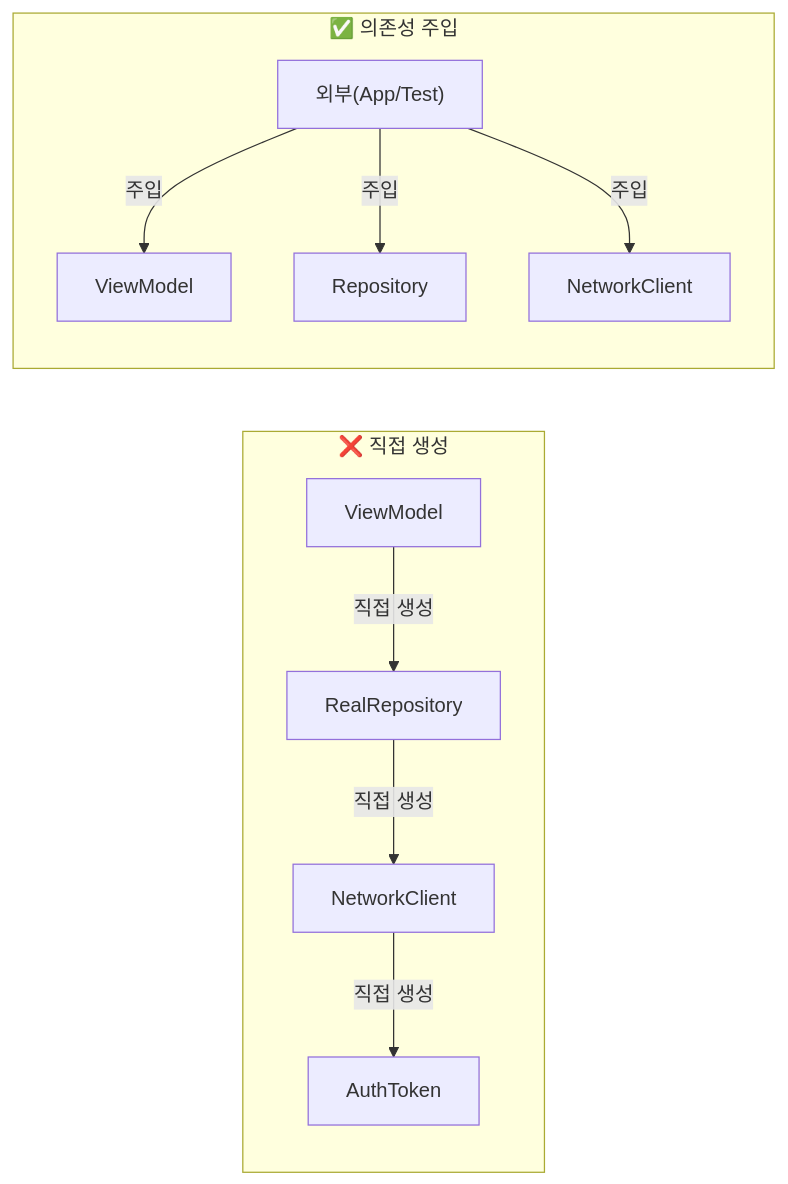
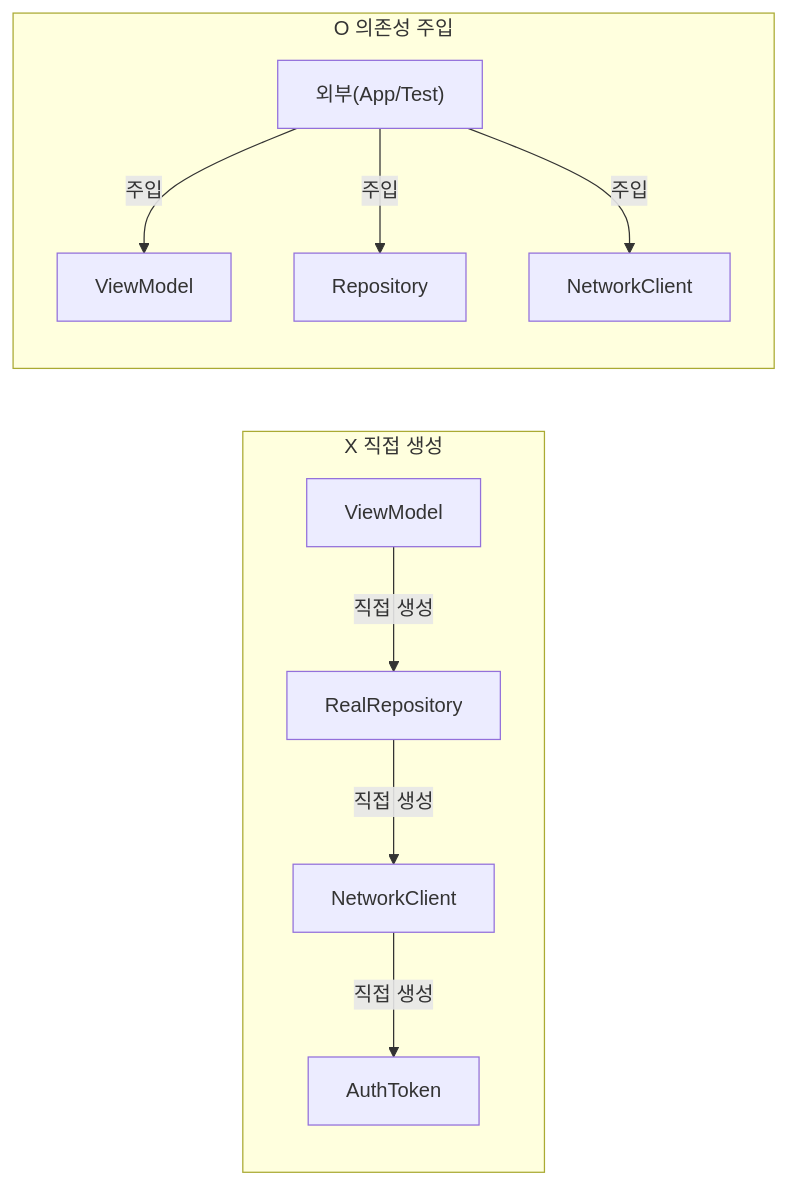
The first of 4 diagrams in 08-architecture/04-dependency-injection.md (jsonpassion/forge-tutorial-swift), drawn with Mermaid before and after one commit. The commit also changed other lines of this file and 69 other files, not shown here.

````diff
--- a/08-architecture/04-dependency-injection.md
+++ b/08-architecture/04-dependency-injection.md
@@ -27,13 +27,13 @@
 ```mermaid
 flowchart LR
-    subgraph before ["❌ 직접 생성"]
+    subgraph before ["X 직접 생성"]
         V1["ViewModel"] -->|직접 생성| R1["RealRepository"]
         R1 -->|직접 생성| N1["NetworkClient"]
         N1 -->|직접 생성| A1["AuthToken"]
     end
-    subgraph after ["✅ 의존성 주입"]
+    subgraph after ["O 의존성 주입"]
         EXT["외부(App/Test)"] -->|주입| V2["ViewModel"]
         EXT -->|주입| R2["Repository"]
         EXT -->|주입| N2["NetworkClient"]
     end
 ```
````
